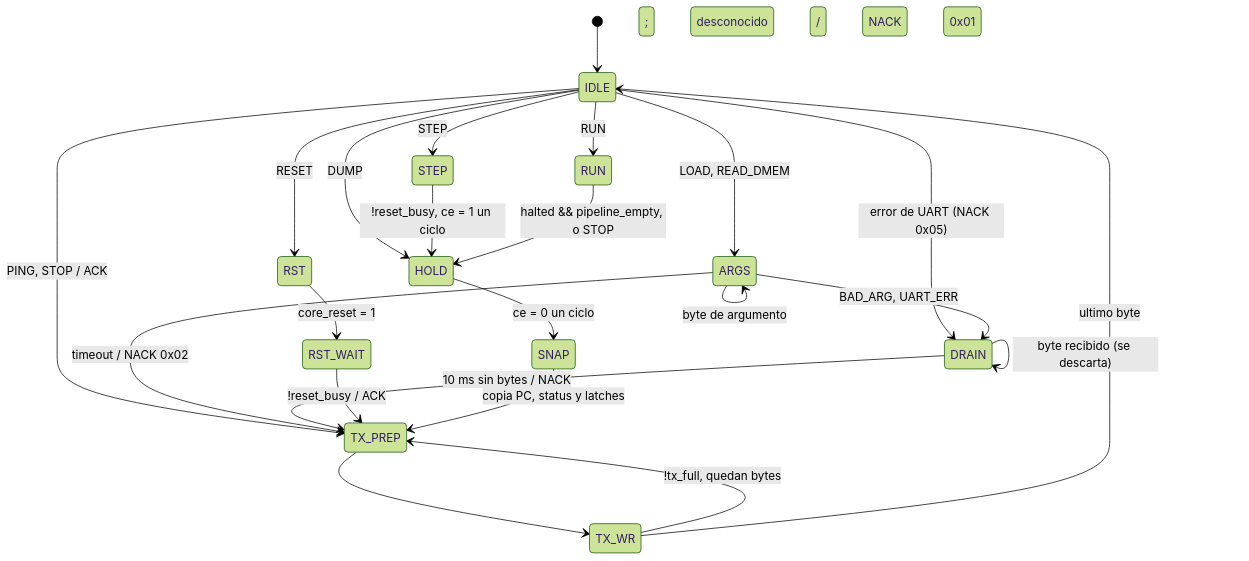
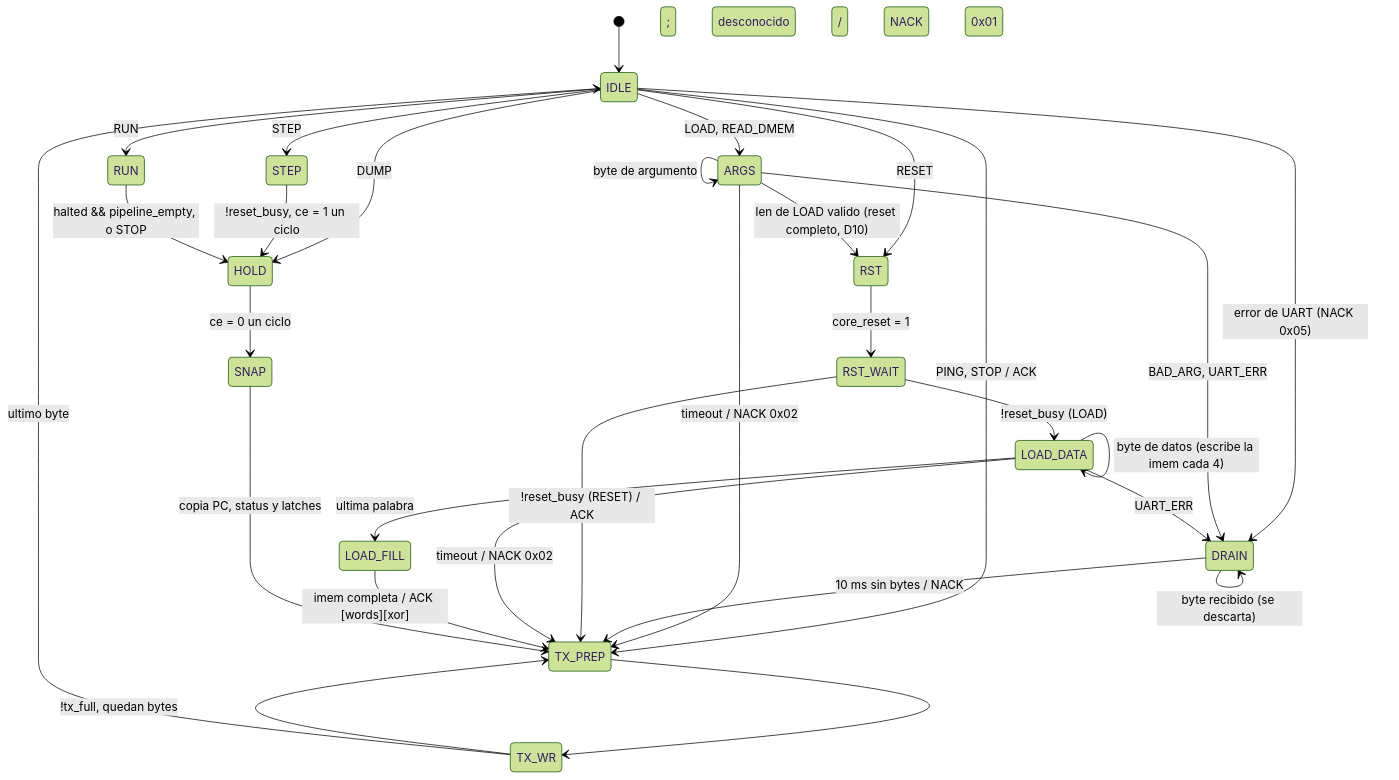
Before and after one commit to NicoxMelia/ARQUI_2026: the diagram in TP3/doc/decisiones.md, drawn with Mermaid (forest theme). The commit also changed other lines of this file and 2 other files, not shown here.

Commit message:
feat: loader de la imem por UART con reset previo y relleno con ceros (DBG-3)
- LOAD: reset completo (D10), escribe len palabras little-endian desde la
  direccion 0, rellena el resto de la imem con ceros y responde ACK con
  words y xor. Timeout y error de UART en medio de los datos -> NACK.
- debug_unit_tb: el programa entra por LOAD; dos cargas de distinto largo,
  len = 1024, verificacion de imem y de core_reset antes de escribir, y
  N STEP tras cargar N palabras muestran cada palabra en IF/ID.
- Diagrama de estados de D1 con LOAD_DATA y LOAD_FILL.

````diff
--- a/TP3/doc/decisiones.md
+++ b/TP3/doc/decisiones.md
@@ -86,25 +88,32 @@
 ```mermaid
 stateDiagram-v2
     [*] --> IDLE
     IDLE --> TX_PREP: PING, STOP / ACK; desconocido / NACK 0x01
     IDLE --> ARGS: LOAD, READ_DMEM
     IDLE --> RST: RESET
     IDLE --> STEP: STEP
     IDLE --> RUN: RUN
     IDLE --> HOLD: DUMP
     IDLE --> DRAIN: error de UART (NACK 0x05)
     ARGS --> ARGS: byte de argumento
     ARGS --> TX_PREP: timeout / NACK 0x02
     ARGS --> DRAIN: BAD_ARG, UART_ERR
+    ARGS --> RST: len de LOAD valido (reset completo, D10)
     DRAIN --> DRAIN: byte recibido (se descarta)
     DRAIN --> TX_PREP: 10 ms sin bytes / NACK
     RST --> RST_WAIT: core_reset = 1
-    RST_WAIT --> TX_PREP: !reset_busy / ACK
+    RST_WAIT --> TX_PREP: !reset_busy (RESET) / ACK
+    RST_WAIT --> LOAD_DATA: !reset_busy (LOAD)
+    LOAD_DATA --> LOAD_DATA: byte de datos (escribe la imem cada 4)
+    LOAD_DATA --> LOAD_FILL: ultima palabra
+    LOAD_DATA --> TX_PREP: timeout / NACK 0x02
+    LOAD_DATA --> DRAIN: UART_ERR
+    LOAD_FILL --> TX_PREP: imem completa / ACK [words][xor]
     STEP --> HOLD: !reset_busy, ce = 1 un ciclo
     RUN --> HOLD: halted && pipeline_empty, o STOP
     HOLD --> SNAP: ce = 0 un ciclo
     SNAP --> TX_PREP: copia PC, status y latches
     TX_PREP --> TX_WR
     TX_WR --> TX_PREP: !tx_full, quedan bytes
     TX_WR --> IDLE: ultimo byte
 ```
````
